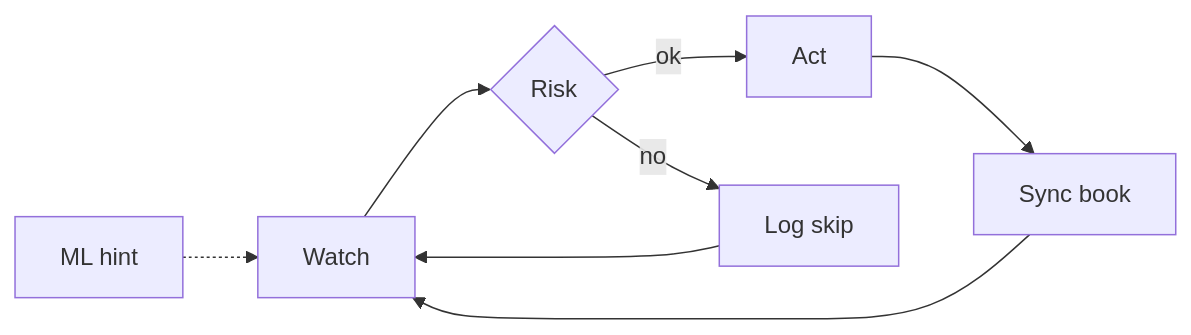
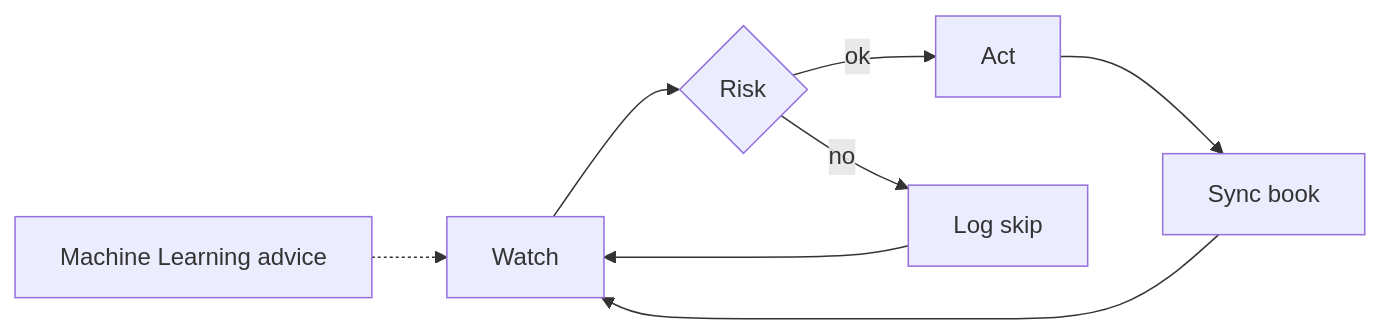
Before and after one commit to idekire-oss/holy-grail-automated-trading-docs: the first of 6 diagrams in PROCESS_FLOW.md, drawn with Mermaid. The commit also changed other lines of this file and 4 other files, not shown here.

````diff
--- a/PROCESS_FLOW.md
+++ b/PROCESS_FLOW.md
@@ -11,10 +11,10 @@
 ```mermaid
 flowchart LR
   WATCH[Watch] --> RISK{Risk}
   RISK -->|ok| AUTO[Act]
   RISK -->|no| LOG[Log skip]
   AUTO --> SYNC[Sync book]
-  ML[ML hint] -.-> WATCH
+  ML[Machine Learning advice] -.-> WATCH
   LOG --> WATCH
   SYNC --> WATCH
 ```
````
